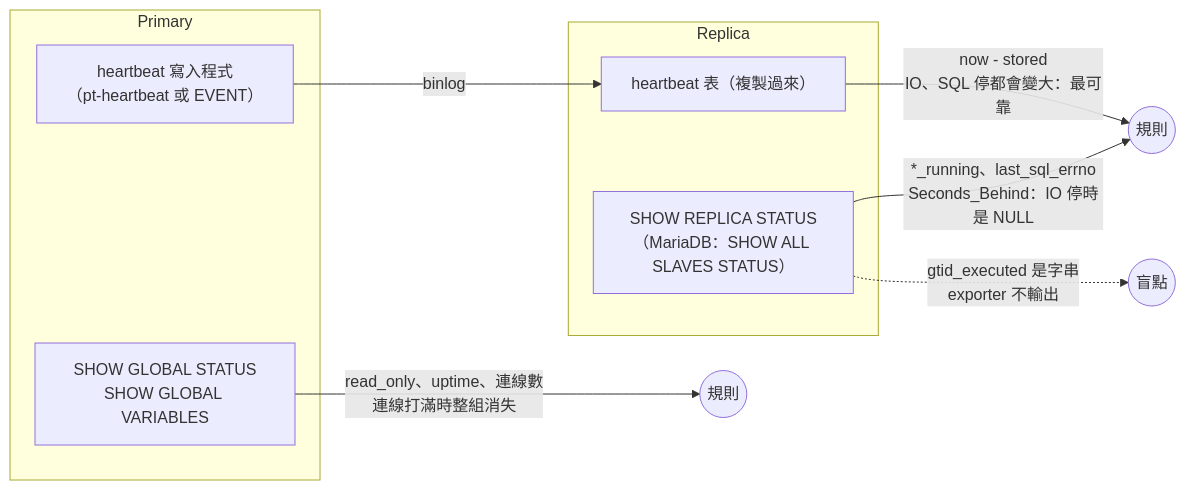
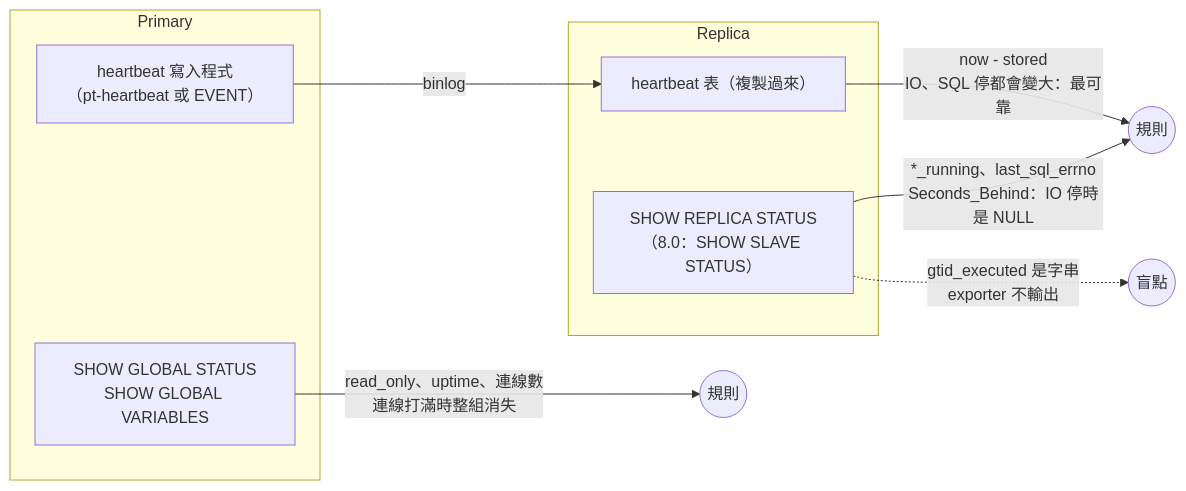
Before and after one commit to HahaSula/alert-trust: the first of 2 diagrams in docs/targets/mysql.md, drawn with Mermaid. The commit also changed other lines of this file and 28 other files, not shown here.

````diff
--- a/docs/targets/mysql.md
+++ b/docs/targets/mysql.md
@@ -22,16 +24,16 @@
 ```mermaid
 flowchart LR
   subgraph PRI[Primary]
     HBW["heartbeat 寫入程式<br/>（pt-heartbeat 或 EVENT）"]
     GS1["SHOW GLOBAL STATUS<br/>SHOW GLOBAL VARIABLES"]
   end
   subgraph REP[Replica]
-    RS["SHOW REPLICA STATUS<br/>（MariaDB：SHOW ALL SLAVES STATUS）"]
+    RS["SHOW REPLICA STATUS<br/>（8.0：SHOW SLAVE STATUS）"]
     HBT["heartbeat 表（複製過來）"]
   end
   HBW -- binlog --> HBT
   RS -->|"*_running、last_sql_errno<br/>Seconds_Behind：IO 停時是 NULL"| R1((規則))
   HBT -->|"now - stored<br/>IO、SQL 停都會變大：最可靠"| R1
   GS1 -->|"read_only、uptime、連線數<br/>連線打滿時整組消失"| R2((規則))
   RS -.->|"gtid_executed 是字串<br/>exporter 不輸出"| X((盲點))
 ```
````
